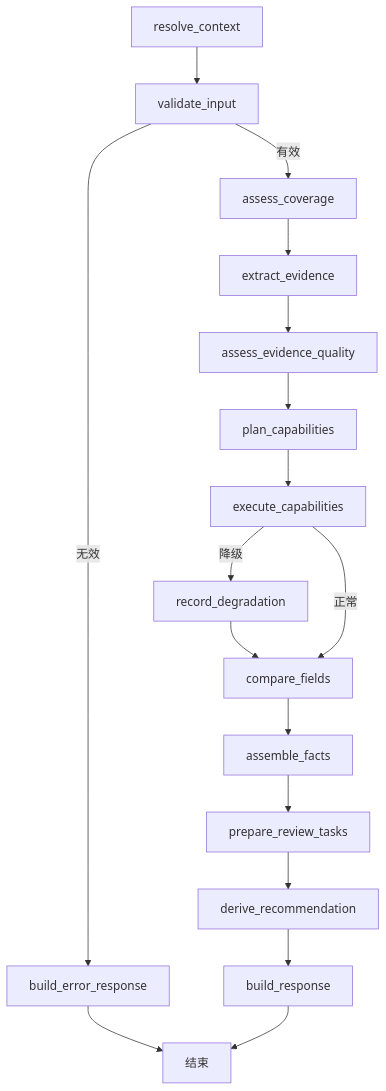
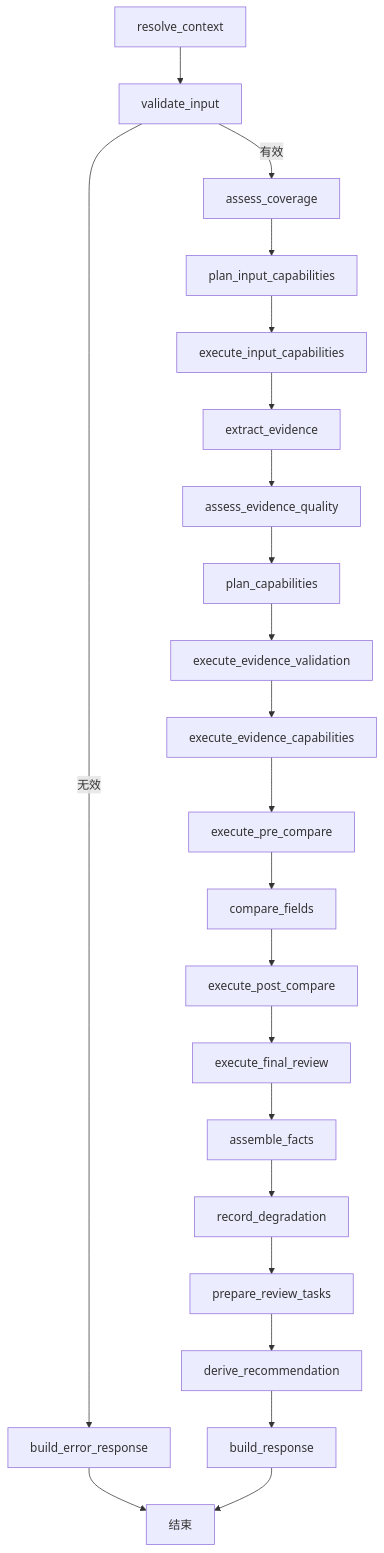
The third of 3 diagrams in docs/参考/现有业务完整流程与复现指南.md (yangaobo0235/forj-review), drawn with Mermaid before and after one commit. The commit also changed other lines of this file and 68 other files, not shown here.

Commit message:
主图改造

````diff
--- a/docs/参考/现有业务完整流程与复现指南.md
+++ b/docs/参考/现有业务完整流程与复现指南.md
@@ -326,19 +326,24 @@
 ```mermaid
 flowchart TD
     R[resolve_context] --> V[validate_input]
     V -->|无效| E[build_error_response]
     V -->|有效| A[assess_coverage]
-    A --> X[extract_evidence]
+    A --> I[plan_input_capabilities]
+    I --> J[execute_input_capabilities]
+    J --> X[extract_evidence]
     X --> Q[assess_evidence_quality]
     Q --> P[plan_capabilities]
-    P --> C[execute_capabilities]
-    C -->|降级| D[record_degradation]
-    D --> F[compare_fields]
-    C -->|正常| F
-    F --> S[assemble_facts]
-    S --> T[prepare_review_tasks]
+    P --> C[execute_evidence_validation]
+    C --> D[execute_evidence_capabilities]
+    D --> K[execute_pre_compare]
+    K --> F[compare_fields]
+    F --> O[execute_post_compare]
+    O --> L[execute_final_review]
+    L --> S[assemble_facts]
+    S --> G[record_degradation]
+    G --> T[prepare_review_tasks]
     T --> N[derive_recommendation]
     N --> B[build_response]
     E --> END[结束]
     B --> END
 ```
````
